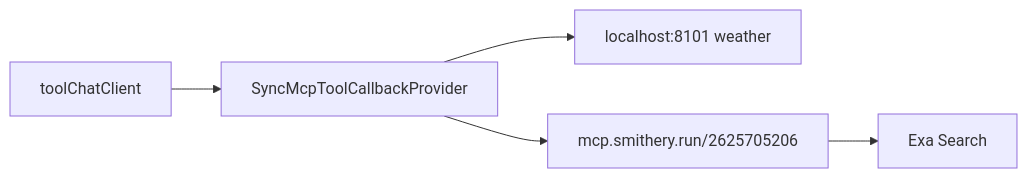
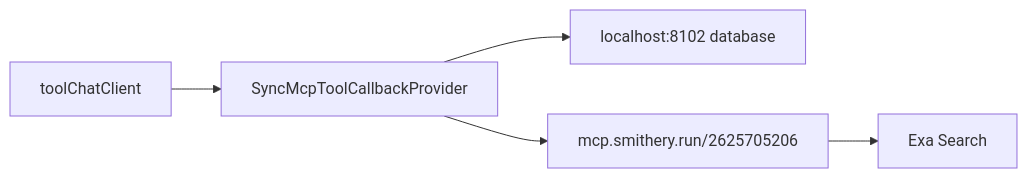
One commit to All1217/My-Chat changed the third of 4 diagrams in docs/my-chat项目介绍.md. Above: the diagram before and after it, drawn with Mermaid. The commit also changed other lines of this file and 28 other files, not shown here.

````diff
--- a/docs/my-chat项目介绍.md
+++ b/docs/my-chat项目介绍.md
@@ -1127,12 +1127,12 @@
 ```mermaid
 flowchart LR
   ChatClient["toolChatClient"]
   SyncProvider["SyncMcpToolCallbackProvider"]
-  Weather["localhost:8101 weather"]
+  Database["localhost:8102 database"]
   Smithery["mcp.smithery.run/2625705206"]
   Exa["Exa Search"]
 
   ChatClient --> SyncProvider
-  SyncProvider --> Weather
+  SyncProvider --> Database
   SyncProvider --> Smithery --> Exa
 ```
````
